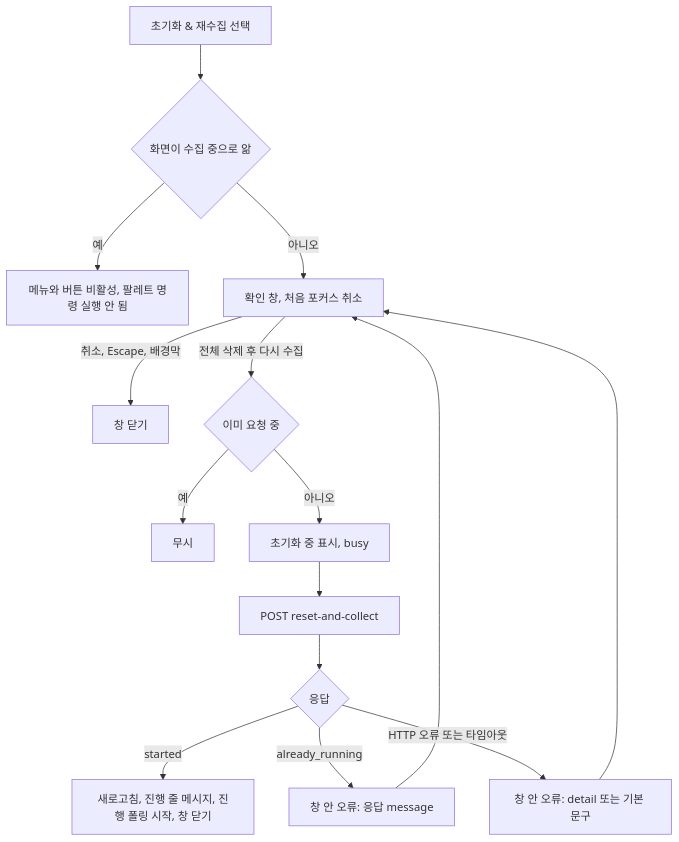
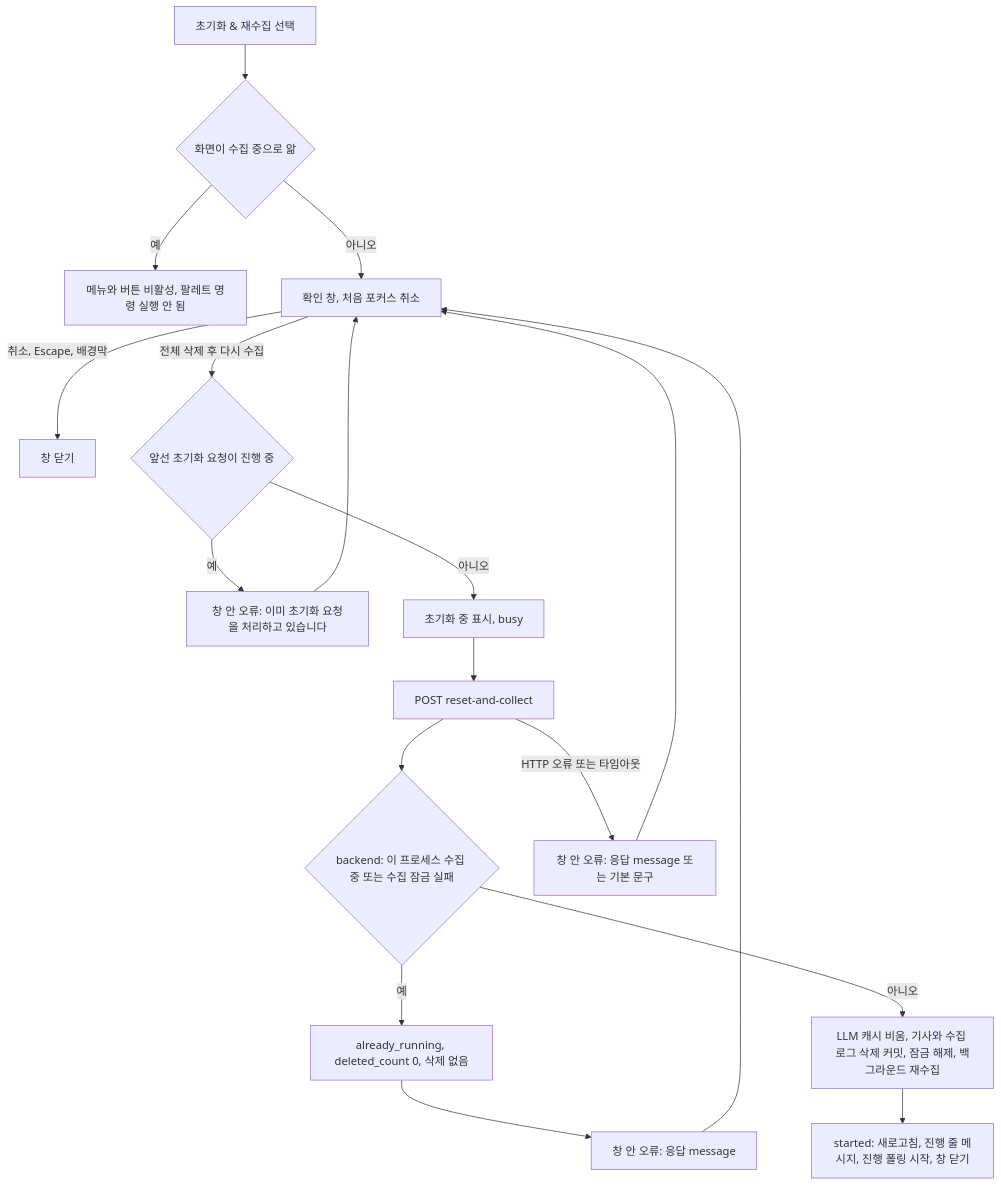
Before and after one commit to ozplayground/agent-lens: diagram 17 of 19 in docs/spec-writer/fsd/01_NEWS_FEED_SPECIFICATION.md, drawn with Mermaid. The commit also changed other lines of this file and 216 other files, not shown here.

````diff
--- a/docs/spec-writer/fsd/01_NEWS_FEED_SPECIFICATION.md
+++ b/docs/spec-writer/fsd/01_NEWS_FEED_SPECIFICATION.md
@@ -1250,17 +1261,20 @@
 ```mermaid
 flowchart TD
     A["초기화 & 재수집 선택"] --> B{"화면이 수집 중으로 앎"}
     B -->|예| C["메뉴와 버튼 비활성, 팔레트 명령 실행 안 됨"]
     B -->|아니오| D["확인 창, 처음 포커스 취소"]
     D -->|취소, Escape, 배경막| E["창 닫기"]
-    D -->|전체 삭제 후 다시 수집| F{"이미 요청 중"}
-    F -->|예| G["무시"]
+    D -->|전체 삭제 후 다시 수집| F{"앞선 초기화 요청이 진행 중"}
+    F -->|예| G["창 안 오류: 이미 초기화 요청을 처리하고 있습니다"]
     F -->|아니오| H["초기화 중 표시, busy"]
     H --> I["POST reset-and-collect"]
-    I --> J{"응답"}
-    J -->|started| K["새로고침, 진행 줄 메시지, 진행 폴링 시작, 창 닫기"]
-    J -->|already_running| L["창 안 오류: 응답 message"]
-    J -->|HTTP 오류 또는 타임아웃| M["창 안 오류: detail 또는 기본 문구"]
-    L --> D
+    I --> I2{"backend: 이 프로세스 수집 중 또는 수집 잠금 실패"}
+    I2 -->|예| L["already_running, deleted_count 0, 삭제 없음"]
+    I2 -->|아니오| I3["LLM 캐시 비움, 기사와 수집 로그 삭제 커밋, 잠금 해제, 백그라운드 재수집"]
+    I3 --> K["started: 새로고침, 진행 줄 메시지, 진행 폴링 시작, 창 닫기"]
+    L --> L2["창 안 오류: 응답 message"]
+    I -->|HTTP 오류 또는 타임아웃| M["창 안 오류: 응답 message 또는 기본 문구"]
+    G --> D
+    L2 --> D
     M --> D
 ```
````
